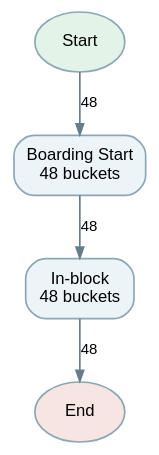
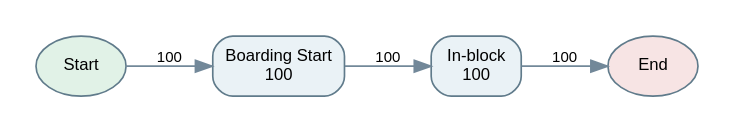
The diagram in datasets/synthetic/airlineflow/gold/Q71/dfg.dot (jiwonpark7913/NL2EVENTLOG), drawn with Graphviz before and after one commit. The commit also changed 401 other files, not shown here.

```diff
--- a/datasets/synthetic/airlineflow/gold/Q71/dfg.dot
+++ b/datasets/synthetic/airlineflow/gold/Q71/dfg.dot
@@ -1,12 +1,9 @@
-digraph D {
-graph [rankdir=TB, bgcolor="transparent", pad=0.25, nodesep=0.35, ranksep=0.38];
-node [shape=box,style="rounded,filled",color="#8ba6b6",fillcolor="#edf4f7",fontname="Arial",fontsize=10];
-edge [color="#667d8b",fontname="Arial",fontsize=9,arrowsize=.65];
-start [shape=ellipse,label="Start",fillcolor="#e3f3e8"];
-end [shape=ellipse,label="End",fillcolor="#f7e5e1"];
-n0 [label="Boarding Start\n48 buckets"];
-n1 [label="In-block\n48 buckets"];
-start -> n0 [label="48"];
-n0 -> n1 [label="48"];
-n1 -> end [label="48"];
+digraph G {
+rankdir=LR; graph [bgcolor="white",pad=0.2,nodesep=0.3,ranksep=0.5]; node [shape=box,style="rounded,filled",fillcolor="#eaf2f6",color="#607b8b",fontname="Arial",fontsize=10]; edge [color="#728899",fontname="Arial",fontsize=9];
+start [label="Start",shape=oval,fillcolor="#e1f2e7"]; end [label="End",shape=oval,fillcolor="#f7e4e4"];
+n0 [label="Boarding Start\n100"];
+n1 [label="In-block\n100"];
+n0 -> n1 [label="100"];
+n1 -> end [label="100"];
+start -> n0 [label="100"];
 }
```
